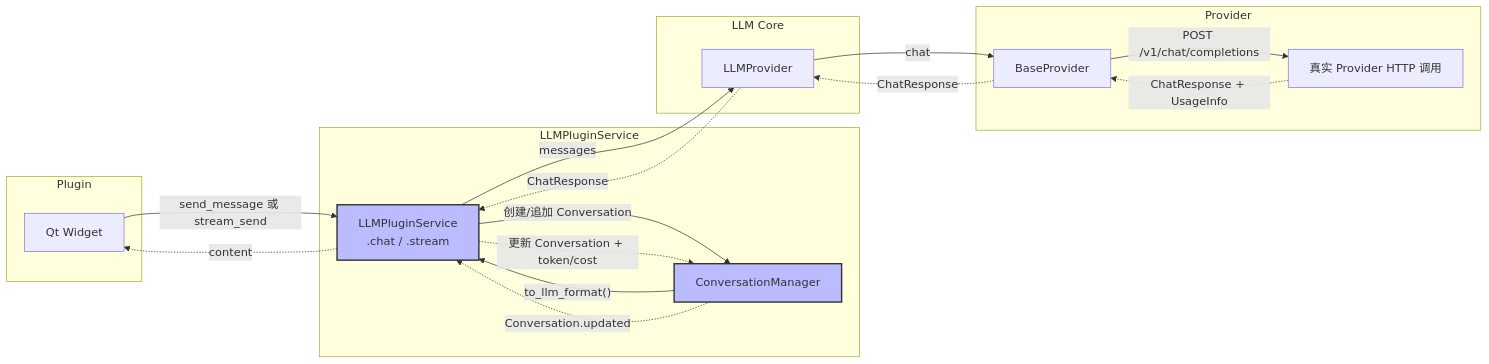
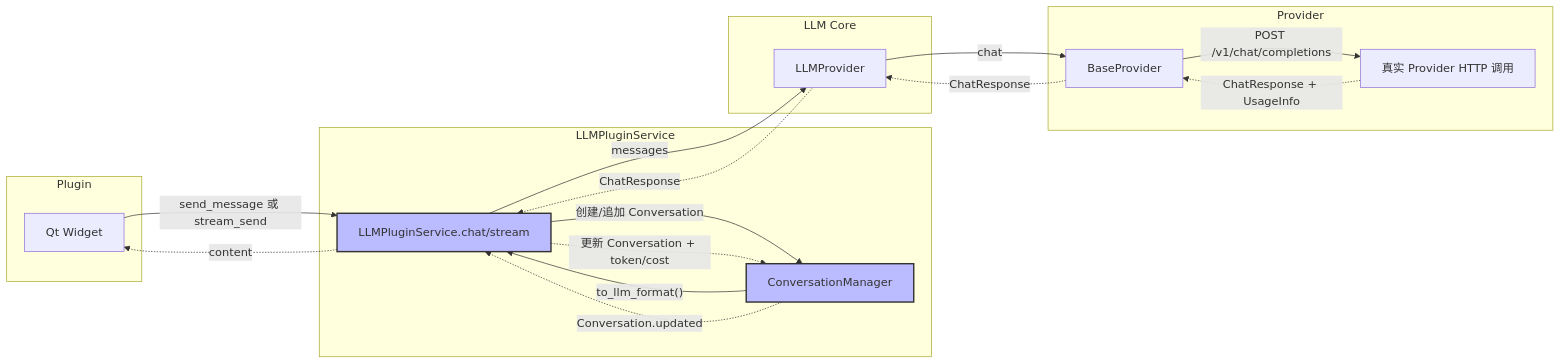
Before and after one commit to KKPIP-Tech/InstructionX: the fourth of 7 diagrams in docs/core/llm-provider/overview.md, drawn with Mermaid. The commit also changed other lines of this file and 5 other files, not shown here.

First line of the commit message:
docs: 标准化文档 Mermaid 图表格式（移除 HTML 换行符、统一标签语法）

````diff
--- a/docs/core/llm-provider/overview.md
+++ b/docs/core/llm-provider/overview.md
@@ -178,37 +178,37 @@
 ```mermaid
 flowchart LR
     subgraph P1 [Plugin]
         W[Qt Widget]
     end
 
     subgraph LS [LLMPluginService]
         CM[ConversationManager]
-        API[LLMPluginService<br/>.chat / .stream]
+        API[LLMPluginService.chat/stream]
     end
 
     subgraph LC [LLM Core]
         LLP[LLMProvider]
     end
 
     subgraph PRV [Provider]
         BP[BaseProvider]
         REAL[真实 Provider HTTP 调用]
     end
 
     W -->|"send_message 或 stream_send"| API
     API -->|"创建/追加 Conversation"| CM
     CM -->|"to_llm_format()"| API
     API -->|"messages"| LLP
     LLP -->|"chat"| BP
     BP -->|"POST /v1/chat/completions"| REAL
 
     REAL -.->|"ChatResponse + UsageInfo"| BP
     BP -.->|"ChatResponse"| LLP
     LLP -.->|"ChatResponse"| API
     API -.->|"更新 Conversation + token/cost"| CM
     CM -.->|"Conversation.updated"| API
     API -.->|"content"| W
 
     style CM fill:#bbf,stroke:#333,stroke-width:2px
     style API fill:#bbf,stroke:#333,stroke-width:2px
 ```
````
